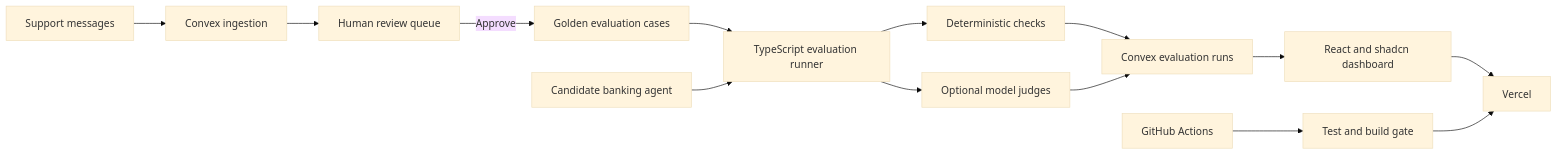
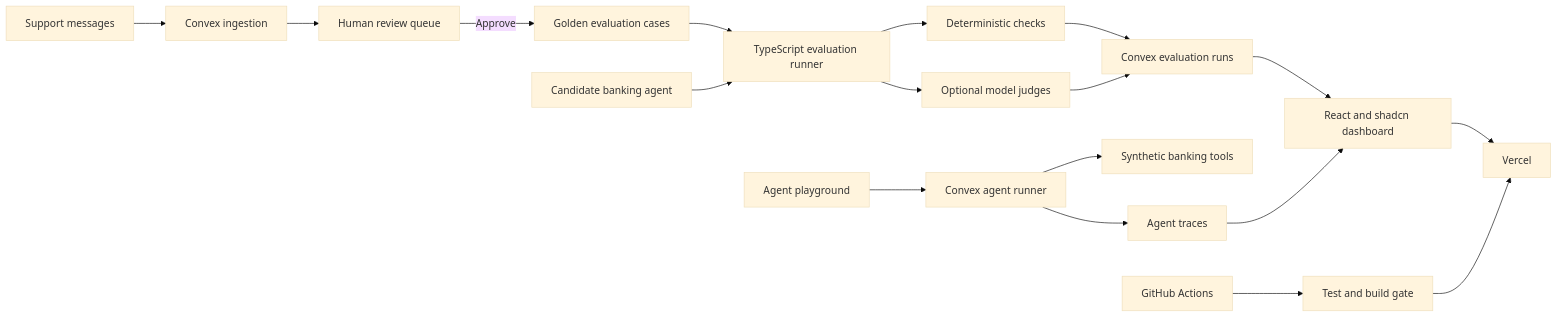
The diagram in docs/architecture.md (sricantreddy/fineval-lab), drawn with Mermaid (base theme) before and after one commit. The commit also changed other lines of this file and 9 other files, not shown here.

Commit message:
Add traced support agent playground

````diff
--- a/docs/architecture.md
+++ b/docs/architecture.md
@@ -3,16 +3,20 @@
 ```mermaid
 flowchart LR
     A[Support messages] --> B[Convex ingestion]
     B --> C[Human review queue]
     C -->|Approve| D[Golden evaluation cases]
     D --> E[TypeScript evaluation runner]
     F[Candidate banking agent] --> E
     E --> G[Deterministic checks]
     E --> H[Optional model judges]
     G --> I[Convex evaluation runs]
     H --> I
     I --> J[React and shadcn dashboard]
+    N[Agent playground] --> O[Convex agent runner]
+    O --> P[Synthetic banking tools]
+    O --> Q[Agent traces]
+    Q --> J
     J --> K[Vercel]
     L[GitHub Actions] --> M[Test and build gate]
     M --> K
 ```
````
